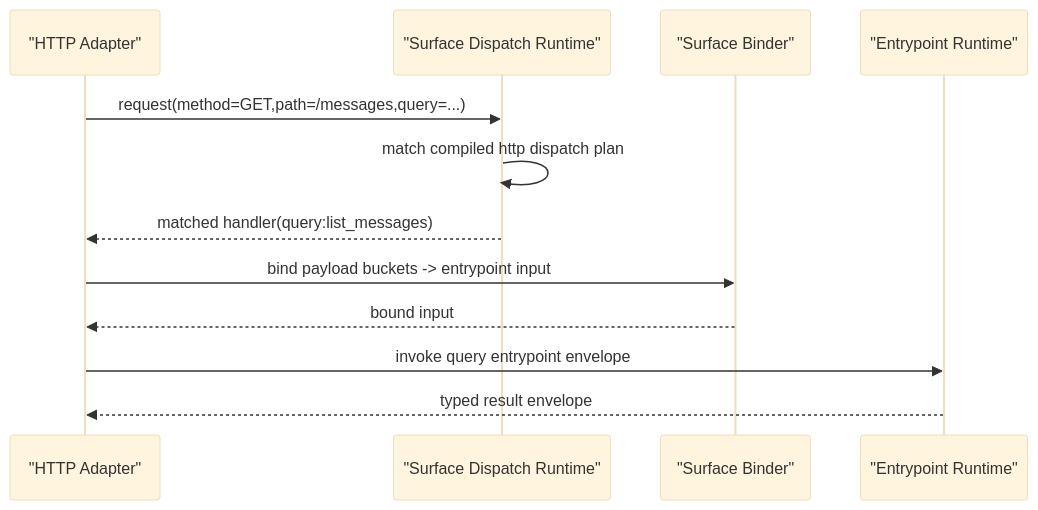
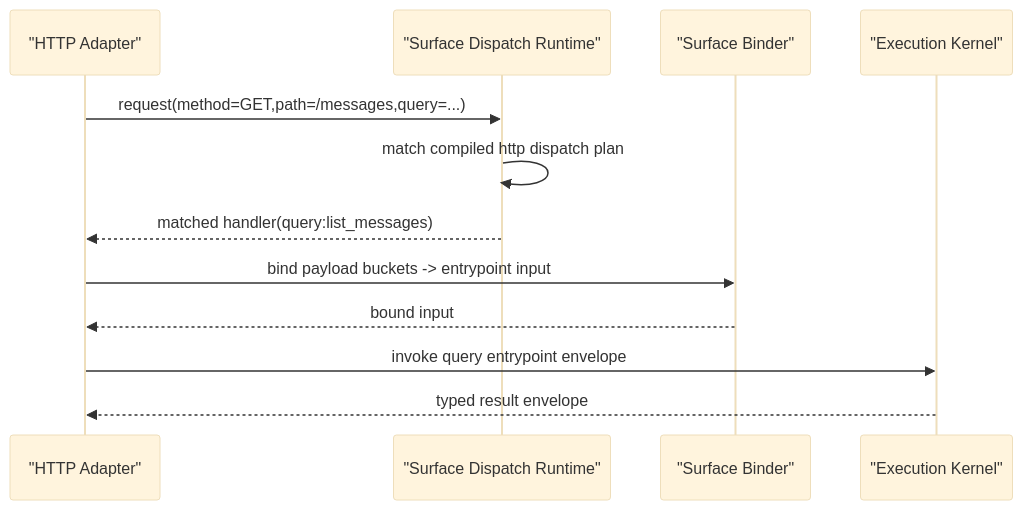
One commit to ngalluzzo/gooi changed the second of 3 diagrams in docs/engineering/rfcs/RFC-0011-route-and-surface-dispatch-contracts-web-http-cli-and-webhook.md. Above: the diagram before and after it, drawn with Mermaid (base theme). The commit also changed other lines of this file and 4 other files, not shown here.

````diff
--- a/docs/engineering/rfcs/RFC-0011-route-and-surface-dispatch-contracts-web-http-cli-and-webhook.md
+++ b/docs/engineering/rfcs/RFC-0011-route-and-surface-dispatch-contracts-web-http-cli-and-webhook.md
@@ -112,15 +112,15 @@
 ```mermaid
 sequenceDiagram
   participant HTTP as "HTTP Adapter"
   participant SDR as "Surface Dispatch Runtime"
   participant BR as "Surface Binder"
-  participant ER as "Entrypoint Runtime"
+  participant EK as "Execution Kernel"
 
   HTTP->>SDR: request(method=GET,path=/messages,query=...)
   SDR->>SDR: match compiled http dispatch plan
   SDR-->>HTTP: matched handler(query:list_messages)
   HTTP->>BR: bind payload buckets -> entrypoint input
   BR-->>HTTP: bound input
-  HTTP->>ER: invoke query entrypoint envelope
-  ER-->>HTTP: typed result envelope
+  HTTP->>EK: invoke query entrypoint envelope
+  EK-->>HTTP: typed result envelope
 ```
````
